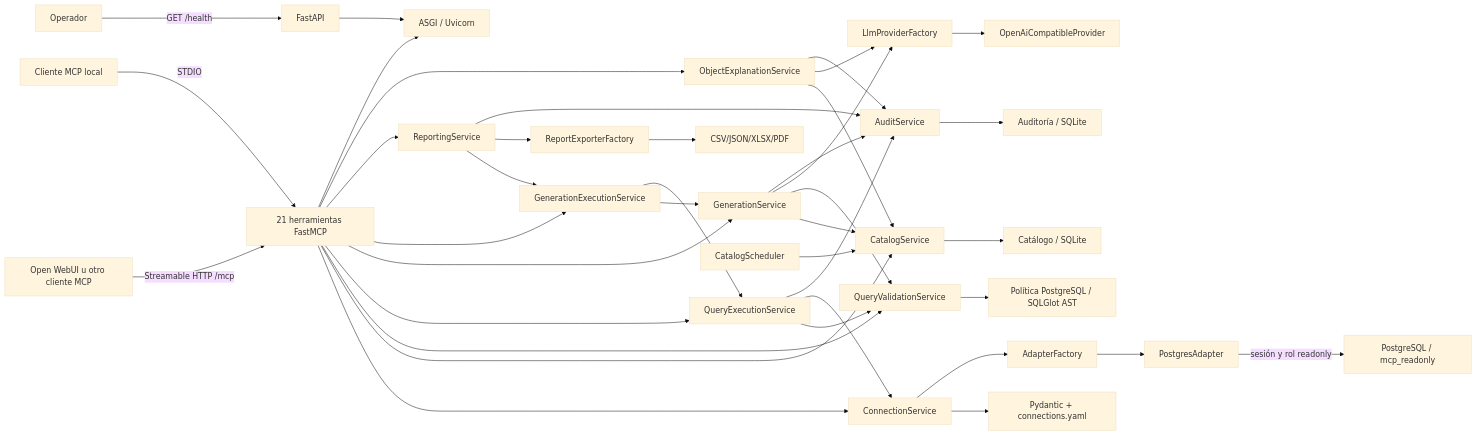
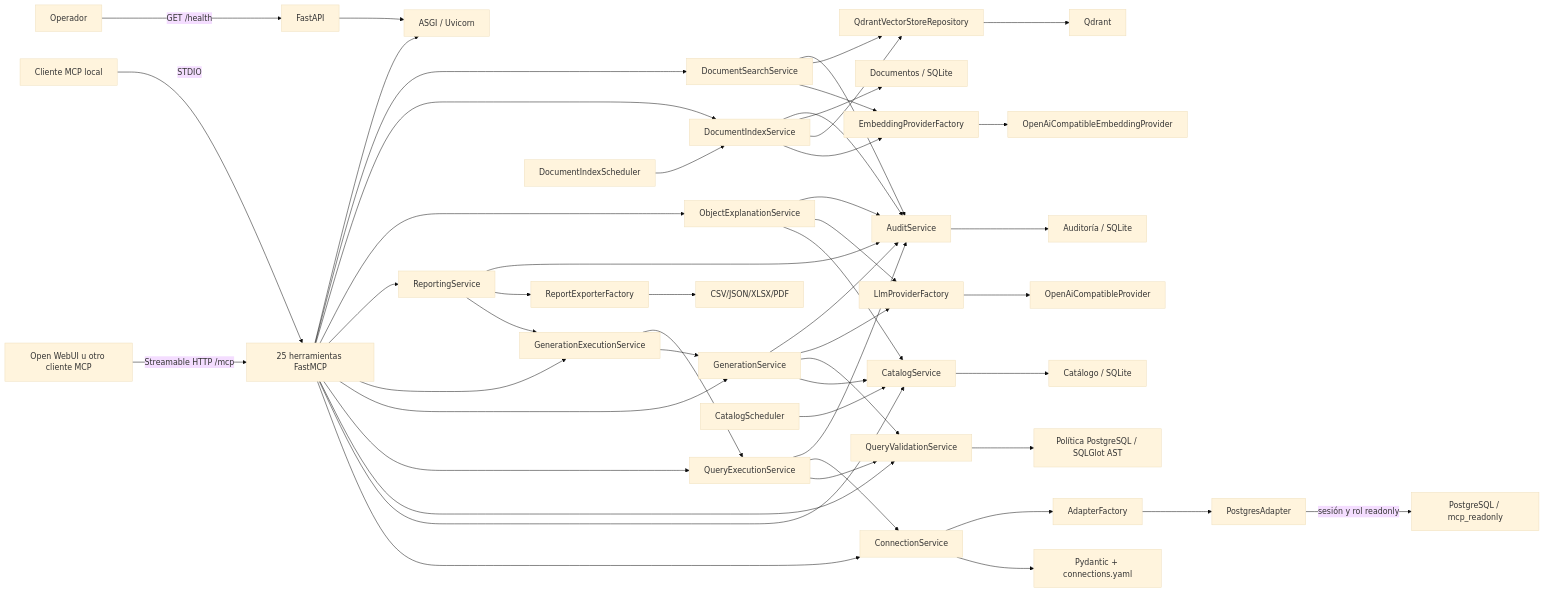
Before and after one commit to 1franky/data-analits-MCP: the first of 2 diagrams in docs/architecture.md, drawn with Mermaid (base theme). The commit also changed other lines of this file and 65 other files, not shown here.

````diff
--- a/docs/architecture.md
+++ b/docs/architecture.md
@@ -34,41 +39,53 @@
 ```mermaid
 flowchart LR
-    NetworkClient["Open WebUI u otro cliente MCP"] -->|"Streamable HTTP /mcp"| Tools["21 herramientas FastMCP"]
+    NetworkClient["Open WebUI u otro cliente MCP"] -->|"Streamable HTTP /mcp"| Tools["25 herramientas FastMCP"]
     LocalClient["Cliente MCP local"] -->|"STDIO"| Tools
     Operator["Operador"] -->|"GET /health"| API["FastAPI"]
     Tools --> CS["ConnectionService"]
     Tools --> Cat["CatalogService"]
     Tools --> Validator["QueryValidationService"]
     Tools --> Executor["QueryExecutionService"]
     Tools --> Gen["GenerationService"]
     Tools --> GenExec["GenerationExecutionService"]
     Tools --> Report["ReportingService"]
     Tools --> ObjExp["ObjectExplanationService"]
+    Tools --> DocIndex["DocumentIndexService"]
+    Tools --> DocSearch["DocumentSearchService"]
     Executor --> Validator
     Executor --> CS
     GenExec --> Gen
     GenExec --> Executor
     Report --> GenExec
     Report --> ExpFactory["ReportExporterFactory"]
     ExpFactory --> Exporters["CSV/JSON/XLSX/PDF"]
     Gen --> Cat
     Gen --> Validator
     Gen --> LlmFactory["LlmProviderFactory"]
     ObjExp --> Cat
     ObjExp --> LlmFactory
     LlmFactory --> LlmProvider["OpenAiCompatibleProvider"]
+    DocIndex --> EmbFactory["EmbeddingProviderFactory"]
+    DocSearch --> EmbFactory
+    EmbFactory --> EmbProvider["OpenAiCompatibleEmbeddingProvider"]
+    DocIndex --> VectorStore["QdrantVectorStoreRepository"]
+    DocSearch --> VectorStore
+    DocIndex --> DocDB["Documentos / SQLite"]
+    VectorStore --> Qdrant["Qdrant"]
     CS --> Config["Pydantic + connections.yaml"]
     CS --> Factory["AdapterFactory"]
     Factory --> PG["PostgresAdapter"]
     PG -->|"sesión y rol readonly"| DB["PostgreSQL / mcp_readonly"]
     Cat --> CatalogDB["Catálogo / SQLite"]
     Executor --> Audit["AuditService"]
     Gen --> Audit
     Report --> Audit
     ObjExp --> Audit
+    DocIndex --> Audit
+    DocSearch --> Audit
     Validator --> Policy["Política PostgreSQL / SQLGlot AST"]
     Audit --> AuditDB["Auditoría / SQLite"]
     Scheduler["CatalogScheduler"] --> Cat
+    DocScheduler["DocumentIndexScheduler"] --> DocIndex
     API --> ASGI["ASGI / Uvicorn"]
     Tools --> ASGI
 ```
````
